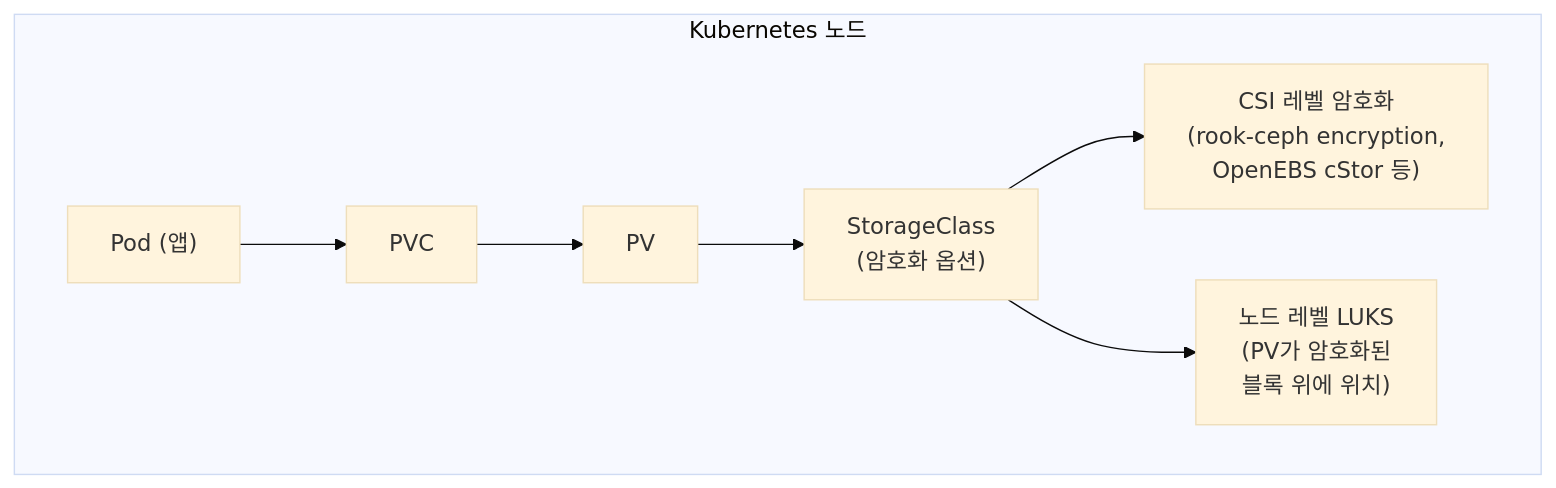
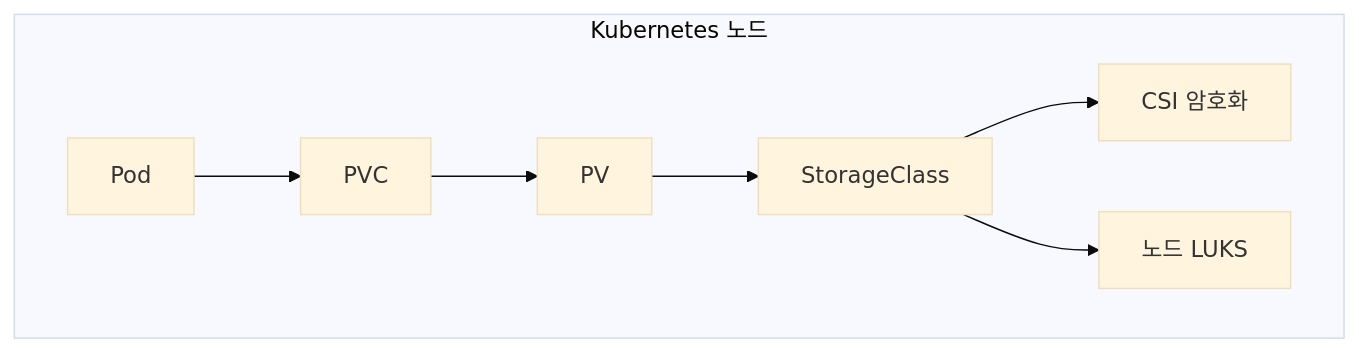
One commit to moonblueblue/devops-wiki changed the ninth of 9 diagrams in content/linux/linux-security/luks-dm-crypt.md. Above: the diagram before and after it, drawn with Mermaid (base theme). The commit also changed other lines of this file and 37 other files, not shown here.

First line of the commit message:
style: linux 카테고리 ASCII 도표·Mermaid 라벨 형식 교정

````diff
--- a/content/linux/linux-security/luks-dm-crypt.md
+++ b/content/linux/linux-security/luks-dm-crypt.md
@@ -739,15 +786,15 @@
 ```mermaid
 graph TD
     subgraph node["Kubernetes 노드"]
-        Pod["Pod (앱)"]
+        Pod["Pod"]
         PVC["PVC"]
         PV["PV"]
-        SC["StorageClass<br/>(암호화 옵션)"]
-        CSI["CSI 레벨 암호화<br/>(rook-ceph encryption,<br/>OpenEBS cStor 등)"]
-        LUKS["노드 레벨 LUKS<br/>(PV가 암호화된<br/>블록 위에 위치)"]
+        SC["StorageClass"]
+        CSI["CSI 암호화"]
+        LUKS["노드 LUKS"]
     end
 
     Pod --> PVC --> PV --> SC
     SC --> CSI
     SC --> LUKS
 ```
````
